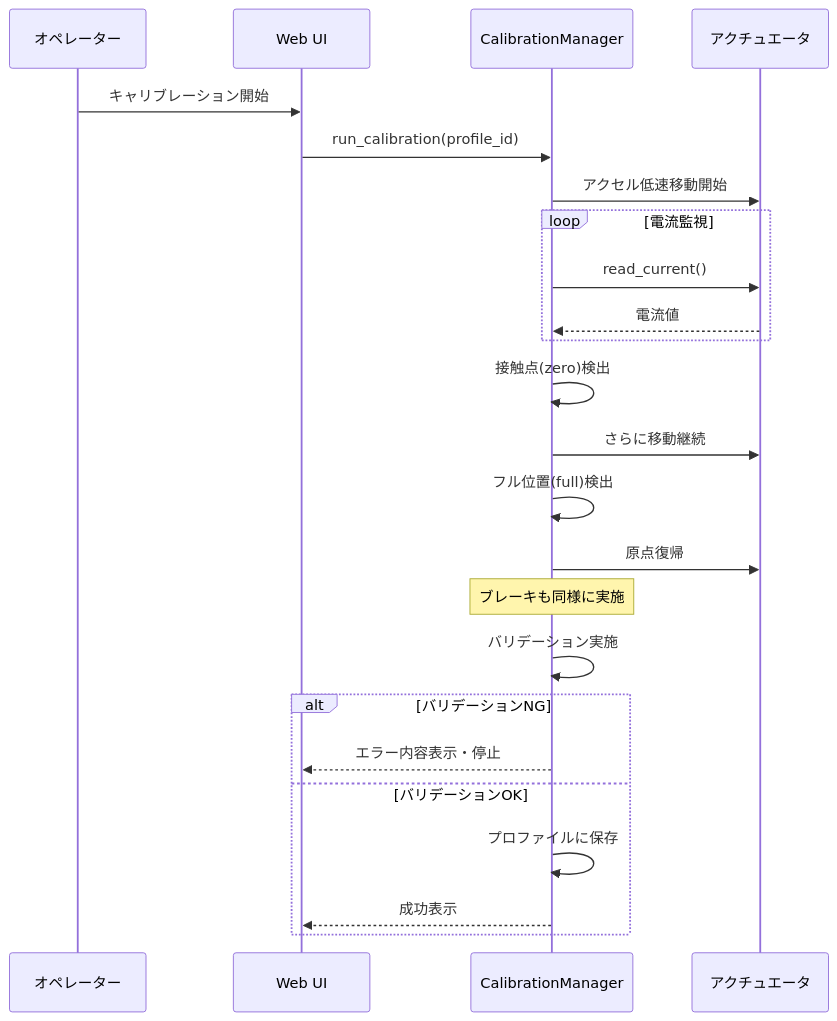
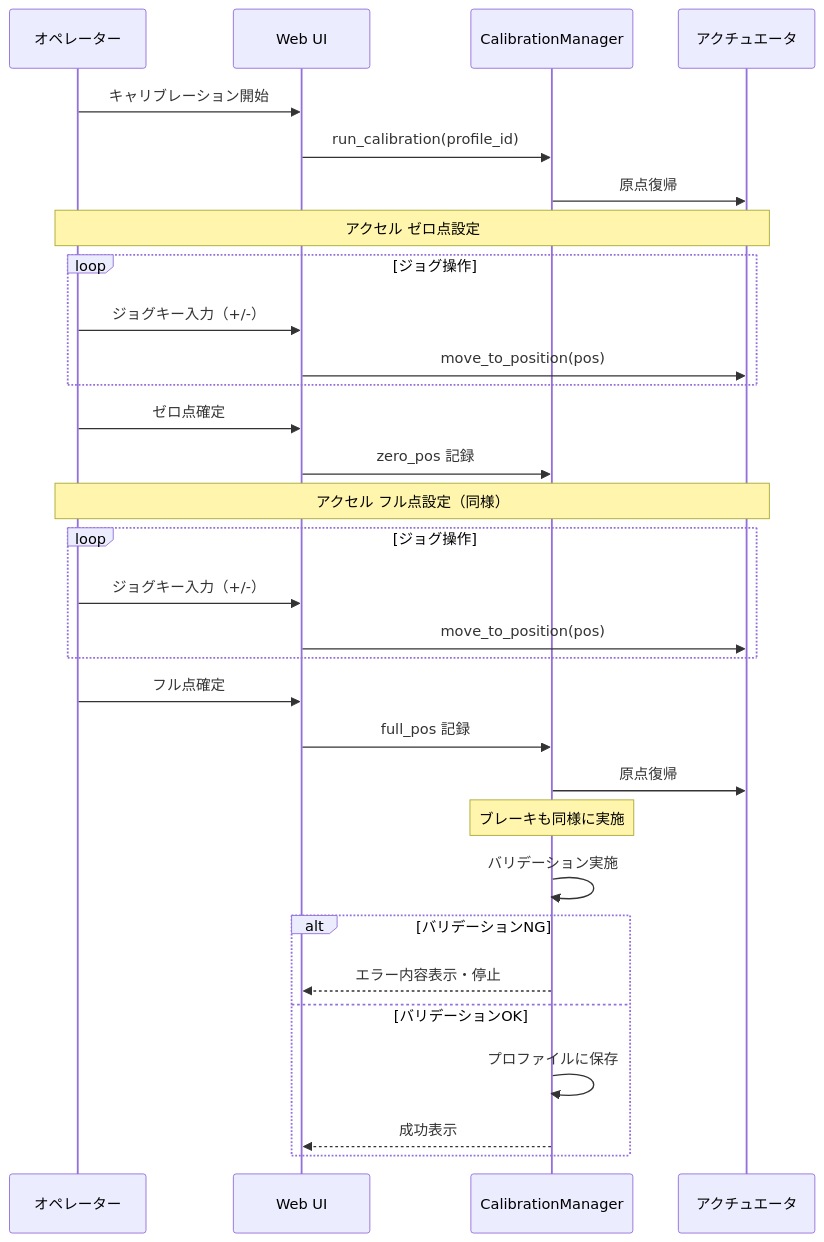
One commit to sskkusk1219/driving_robot changed the fifth of 10 diagrams in docs/functional-design.md. Above: the diagram before and after it, drawn with Mermaid. The commit also changed other lines of this file and 3 other files, not shown here.

````diff
--- a/docs/functional-design.md
+++ b/docs/functional-design.md
@@ -611,27 +607,34 @@
 ```mermaid
 sequenceDiagram
     participant Op as オペレーター
     participant UI as Web UI
     participant CM as CalibrationManager
     participant HW as アクチュエータ
 
     Op->>UI: キャリブレーション開始
     UI->>CM: run_calibration(profile_id)
-    CM->>HW: アクセル低速移動開始
-    loop 電流監視
-        CM->>HW: read_current()
-        HW-->>CM: 電流値
+    CM->>HW: 原点復帰
+    Note over Op,HW: アクセル ゼロ点設定
+    loop ジョグ操作
+        Op->>UI: ジョグキー入力（+/-）
+        UI->>HW: move_to_position(pos)
     end
-    CM->>CM: 接触点(zero)検出
-    CM->>HW: さらに移動継続
-    CM->>CM: フル位置(full)検出
+    Op->>UI: ゼロ点確定
+    UI->>CM: zero_pos 記録
+    Note over Op,HW: アクセル フル点設定（同様）
+    loop ジョグ操作
+        Op->>UI: ジョグキー入力（+/-）
+        UI->>HW: move_to_position(pos)
+    end
+    Op->>UI: フル点確定
+    UI->>CM: full_pos 記録
     CM->>HW: 原点復帰
     Note over CM: ブレーキも同様に実施
     CM->>CM: バリデーション実施
     alt バリデーションNG
         CM-->>UI: エラー内容表示・停止
     else バリデーションOK
         CM->>CM: プロファイルに保存
         CM-->>UI: 成功表示
     end
 ```
````
